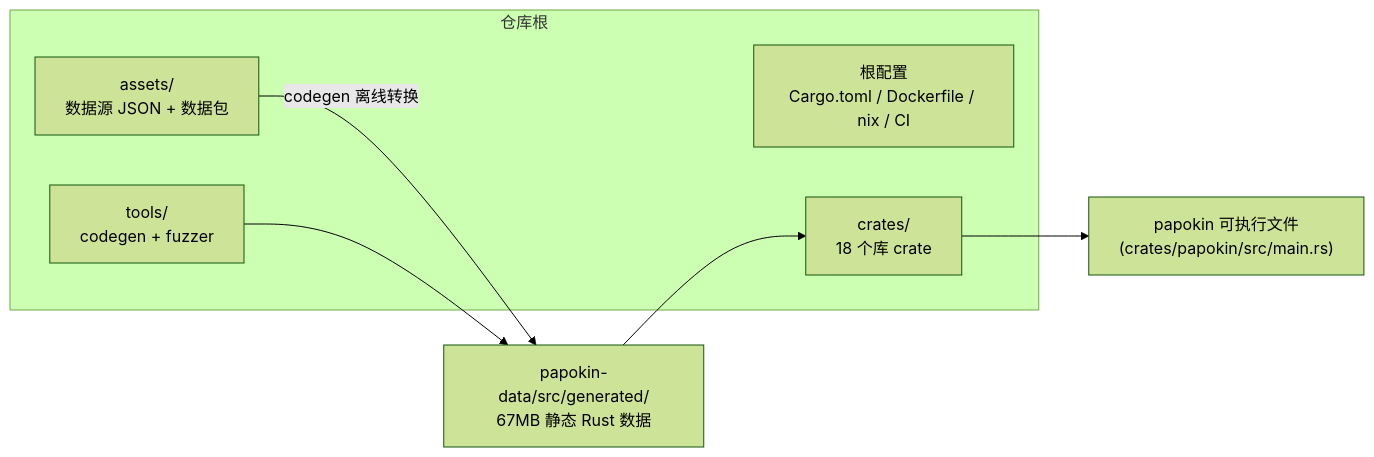
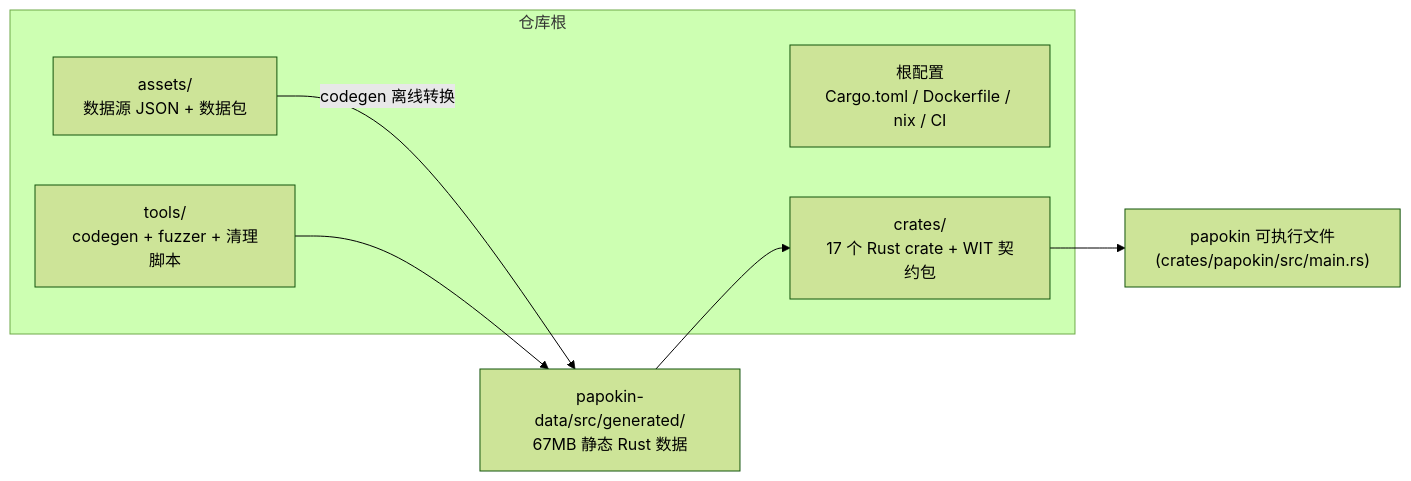
The diagram in note/02-目录结构.md (Quotidietium/Papokin), drawn with Mermaid (forest theme) before and after one commit. The commit also changed other lines of this file and 1 other file, not shown here.

````diff
--- a/note/02-目录结构.md
+++ b/note/02-目录结构.md
@@ -137,13 +147,13 @@
 ```mermaid
 graph LR
     subgraph REPO["仓库根"]
         ROOT_FILES["根配置<br/>Cargo.toml / Dockerfile / nix / CI"]
         ASSETS["assets/<br/>数据源 JSON + 数据包"]
-        CRATES["crates/<br/>18 个库 crate"]
-        TOOLS["tools/<br/>codegen + fuzzer"]
+        CRATES["crates/<br/>17 个 Rust crate + WIT 契约包"]
+        TOOLS["tools/<br/>codegen + fuzzer + 清理脚本"]
     end
     ASSETS -- "codegen 离线转换" --> GEN["papokin-data/src/generated/<br/>67MB 静态 Rust 数据"]
     TOOLS --> GEN
     GEN --> CRATES
     CRATES --> BIN["papokin 可执行文件<br/>(crates/papokin/src/main.rs)"]
 ```
````
